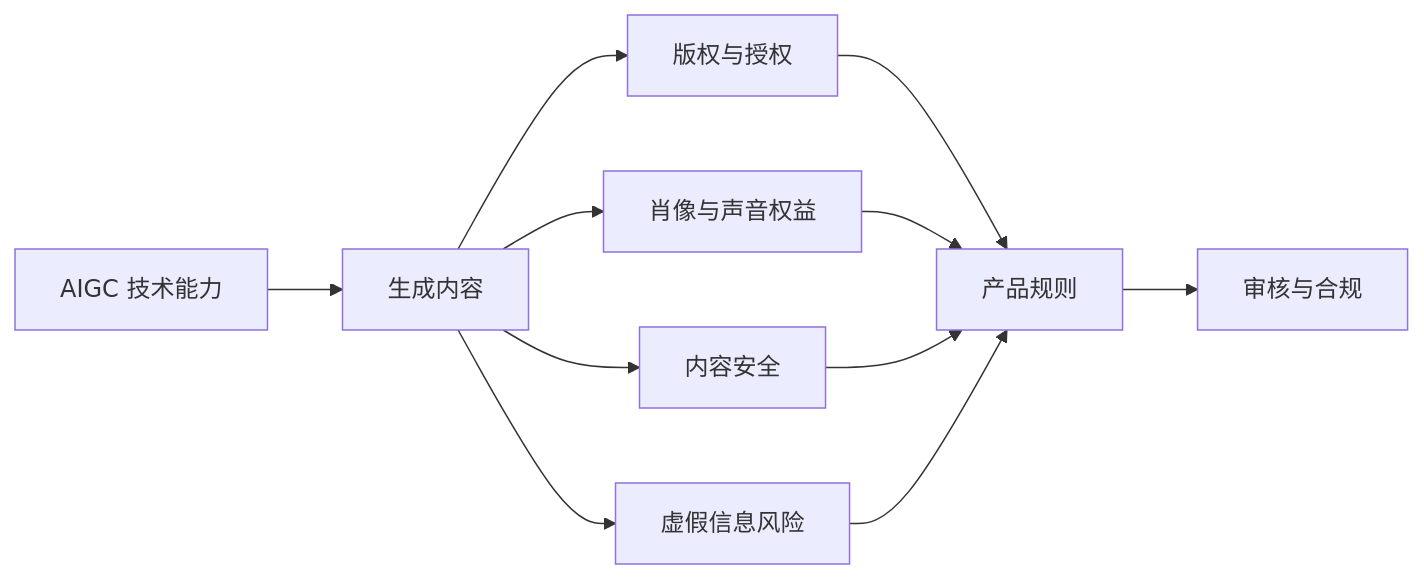
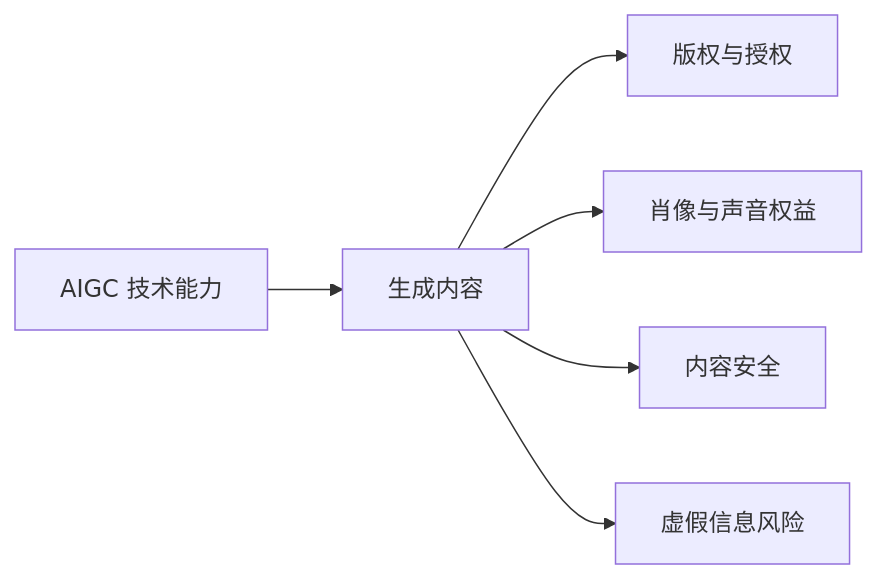
Before and after one commit to oudbiao/AI-fullstack-course: the first of 5 diagrams in docs/stage10/ch04-frontier/00-roadmap.md, drawn with Mermaid. The commit also changed other lines of this file and 139 other files, not shown here.

````diff
--- a/docs/stage10/ch04-frontier/00-roadmap.md
+++ b/docs/stage10/ch04-frontier/00-roadmap.md
@@ -20,13 +20,8 @@
 ```mermaid
 flowchart LR
   A[AIGC 技术能力] --> B[生成内容]
   B --> C[版权与授权]
   B --> D[肖像与声音权益]
   B --> E[内容安全]
   B --> F[虚假信息风险]
-  C --> G[产品规则]
-  D --> G
-  E --> G
-  F --> G
-  G --> H[审核与合规]
 ```
````
